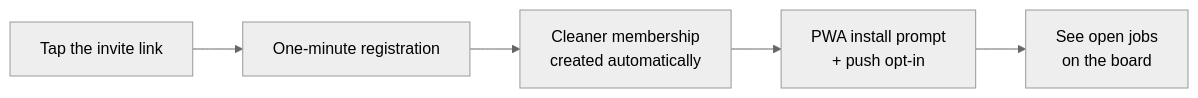
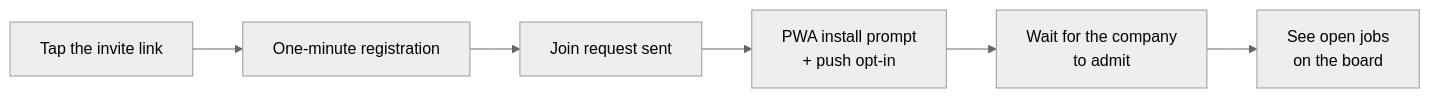
The second of 2 diagrams in docs/design/phase-a-adoption/prd.md (lspinheiro/clean_app_crm), drawn with Mermaid (neutral theme) before and after one commit. The commit also changed other lines of this file and 4 other files, not shown here.

First line of the commit message:
docs(design): require company admission before a cleaner joins

````diff
--- a/docs/design/phase-a-adoption/prd.md
+++ b/docs/design/phase-a-adoption/prd.md
@@ -119,4 +135,4 @@
 ```mermaid
 flowchart LR
-    A[Tap the invite link] --> B[One-minute registration] --> C[Cleaner membership\ncreated automatically] --> D[PWA install prompt\n+ push opt-in] --> E[See open jobs\non the board]
+    A[Tap the invite link] --> B[One-minute registration] --> C[Join request sent] --> D[PWA install prompt\n+ push opt-in] --> E[Wait for the company\nto admit] --> F[See open jobs\non the board]
 ```
````
